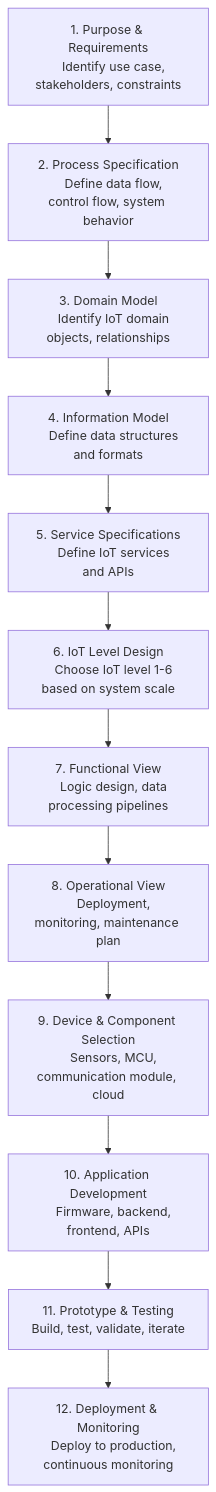
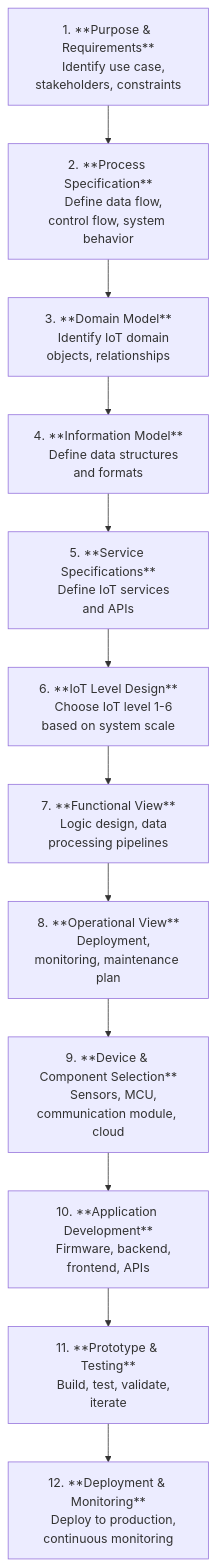
One commit to lazgaming70/IOT-CIA-1 changed the fourth of 13 diagrams in Unofficial-QB/Unofficial-QB-Claude-Ans.md. Above: the diagram before and after it, drawn with Mermaid. The commit also changed other lines of this file, not shown here.

Commit message:
Bolded some box titles in mermaidjs code blocks

````diff
--- a/Unofficial-QB/Unofficial-QB-Claude-Ans.md
+++ b/Unofficial-QB/Unofficial-QB-Claude-Ans.md
@@ -596,26 +596,26 @@
 ```mermaid
 flowchart TD
-    A[1․ Purpose & Requirements
-    Identify use case, stakeholders, constraints] --> B[2․ Process Specification
+    A[1․ **Purpose & Requirements**
+    Identify use case, stakeholders, constraints] --> B[2․ **Process Specification**
     Define data flow, control flow, system behavior]
-    B --> C[3․ Domain Model
+    B --> C[3․ **Domain Model**
     Identify IoT domain objects, relationships]
-    C --> D[4․ Information Model
+    C --> D[4․ **Information Model**
     Define data structures and formats]
-    D --> E[5․ Service Specifications
+    D --> E[5․ **Service Specifications**
     Define IoT services and APIs]
-    E --> F[6․ IoT Level Design
+    E --> F[6․ **IoT Level Design**
     Choose IoT level 1-6 based on system scale]
-    F --> G[7․ Functional View
+    F --> G[7․ **Functional View**
     Logic design, data processing pipelines]
-    G --> H[8․ Operational View
+    G --> H[8․ **Operational View**
     Deployment, monitoring, maintenance plan]
-    H --> I[9․ Device & Component Selection
+    H --> I[9․ **Device & Component Selection**
     Sensors, MCU, communication module, cloud]
-    I --> J[10․ Application Development
+    I --> J[10․ **Application Development**
     Firmware, backend, frontend, APIs]
-    J --> K[11․ Prototype & Testing
+    J --> K[11․ **Prototype & Testing**
     Build, test, validate, iterate]
-    K --> L[12․ Deployment & Monitoring
+    K --> L[12․ **Deployment & Monitoring**
     Deploy to production, continuous monitoring]
 ```
````
